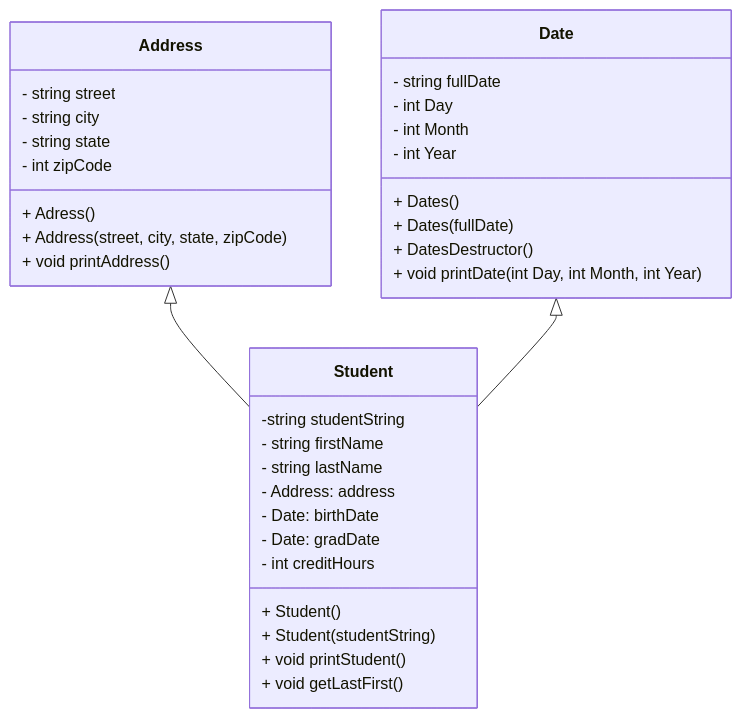
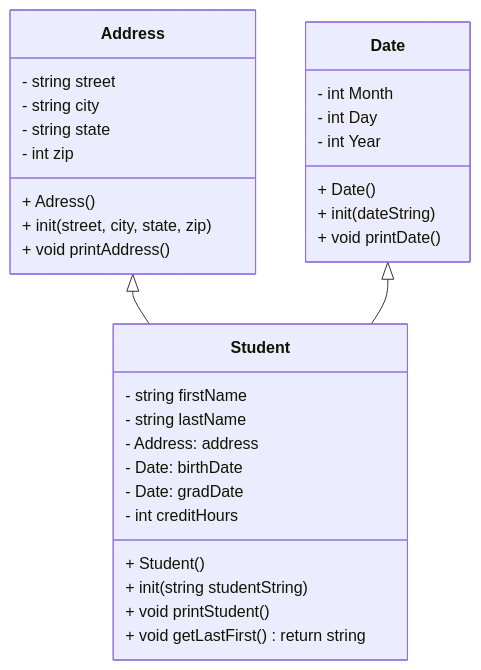
One commit to janblocker2003/HeapOfStudentsP1 changed the diagram in README.md. Above: the diagram before and after it, drawn with Mermaid.

````diff
--- a/README.md
+++ b/README.md
@@ -5,41 +5,38 @@
 ```mermaid
 classDiagram
 direction TB
     class Address {
 	    - string street
 	    - string city
 	    - string state
-	    - int zipCode
+	    - int zip
 	    + Adress()
-	    + Address(street, city, state, zipCode)
+	    + init(street, city, state, zip)
 	    + void printAddress()
     }
 
     class Date {
-	    - string fullDate
-	    - int Day
 	    - int Month
+        - int Day
 	    - int Year
-	    + Dates()
-	    + Dates(fullDate)
-	    + DatesDestructor()
-	    + void printDate(int Day, int Month, int Year)
+	    + Date()
+	    + init(dateString)
+	    + void printDate()
     }
 
     class Student {
-	    -string studentString
 	    - string firstName
 	    - string lastName
         - Address: address
 	    - Date: birthDate
 	    - Date: gradDate
 	    - int creditHours
 	    + Student()
-	    + Student(studentString)
+	    + init(string studentString)
 	    + void printStudent()
-	    + void getLastFirst()
+	    + void getLastFirst() return string
     }
 
     Address <|-- Student
     Date <|-- Student
 ```
````
